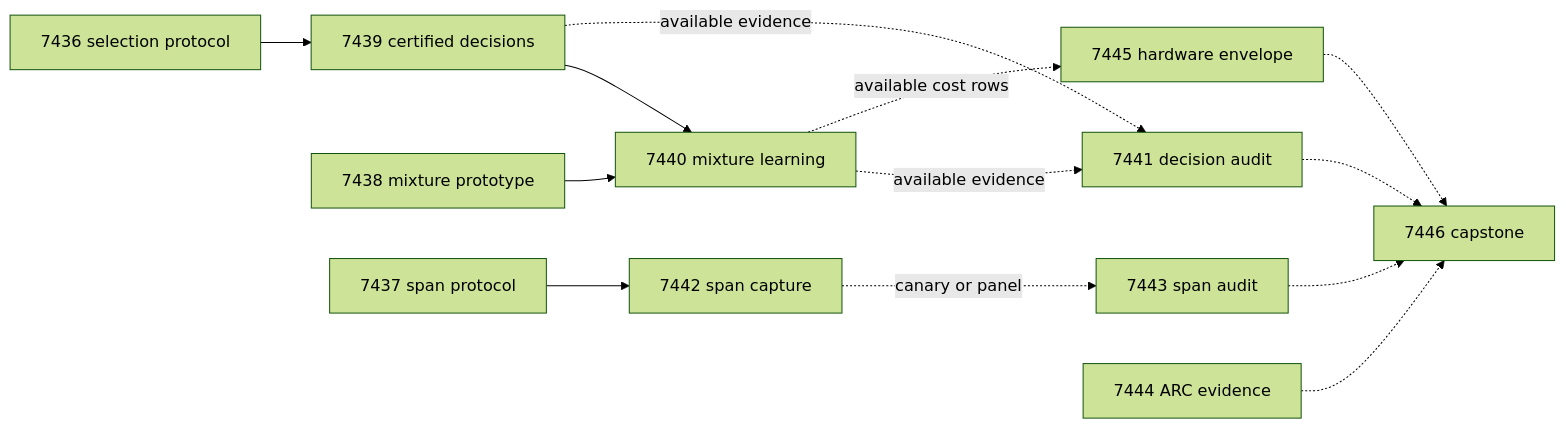
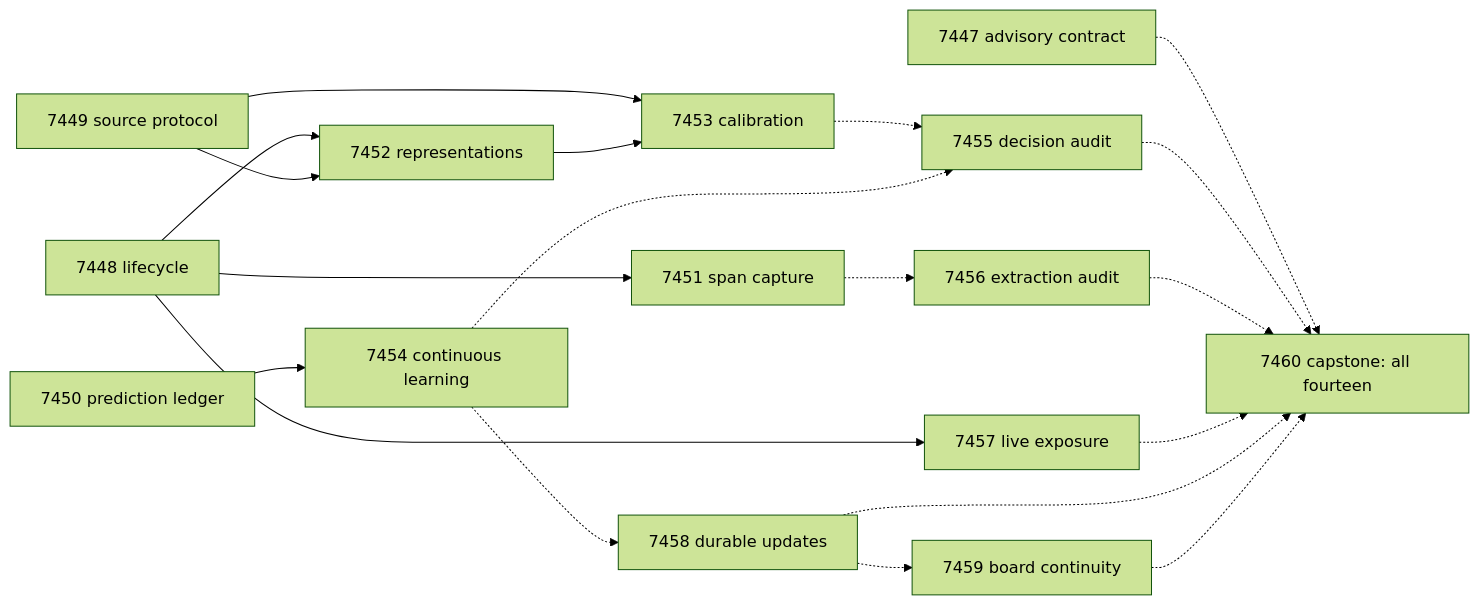
The second of 2 diagrams in openspec/change-proposals/research-roadmap-vNEXT.md (Carnot-EBM/carnot-ebm), drawn with Mermaid (forest theme) before and after one commit. The commit also changed other lines of this file and 13 other files, not shown here.

````diff
--- a/openspec/change-proposals/research-roadmap-vNEXT.md
+++ b/openspec/change-proposals/research-roadmap-vNEXT.md
@@ -237,15 +234,22 @@
 ```mermaid
 flowchart LR
-    P[7436 selection protocol] --> S[7439 certified decisions]
-    M[7438 mixture prototype] --> L[7440 mixture learning]
-    S --> L
-    X[7437 span protocol] --> C[7442 span capture]
-    S -. available evidence .-> A[7441 decision audit]
-    L -. available evidence .-> A
-    C -. canary or panel .-> B[7443 span audit]
-    L -. available cost rows .-> H[7445 hardware envelope]
-    A -.-> Z[7446 capstone]
-    B -.-> Z
-    H -.-> Z
-    R[7444 ARC evidence] -.-> Z
+    E7447[7447 advisory contract]
+    E7448[7448 lifecycle] --> E7451[7451 span capture]
+    E7448 --> E7452[7452 representations]
+    E7449[7449 source protocol] --> E7452
+    E7449 --> E7453[7453 calibration]
+    E7452 --> E7453
+    E7450[7450 prediction ledger] --> E7454[7454 continuous learning]
+    E7453 -.-> E7455[7455 decision audit]
+    E7454 -.-> E7455
+    E7451 -.-> E7456[7456 extraction audit]
+    E7448 --> E7457[7457 live exposure]
+    E7454 -.-> E7458[7458 durable updates]
+    E7458 -.-> E7459[7459 board continuity]
+    E7447 -.-> E7460[7460 capstone: all fourteen]
+    E7455 -.-> E7460
+    E7456 -.-> E7460
+    E7457 -.-> E7460
+    E7458 -.-> E7460
+    E7459 -.-> E7460
 ```
````
